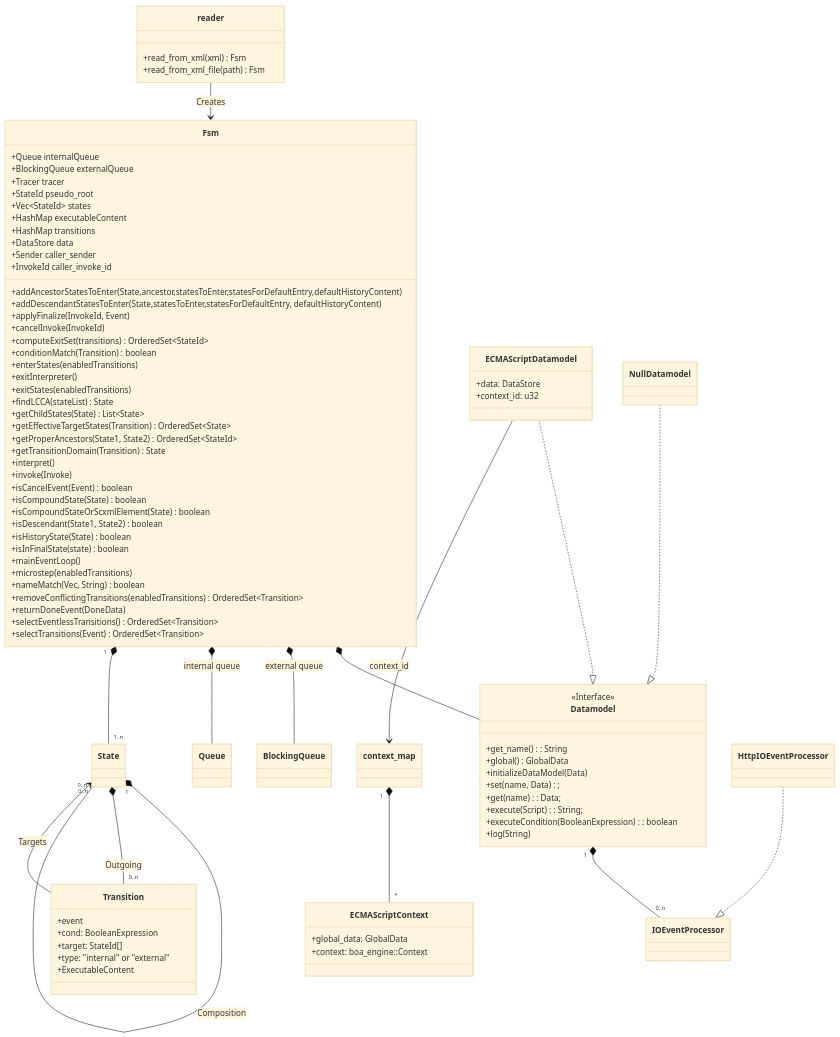
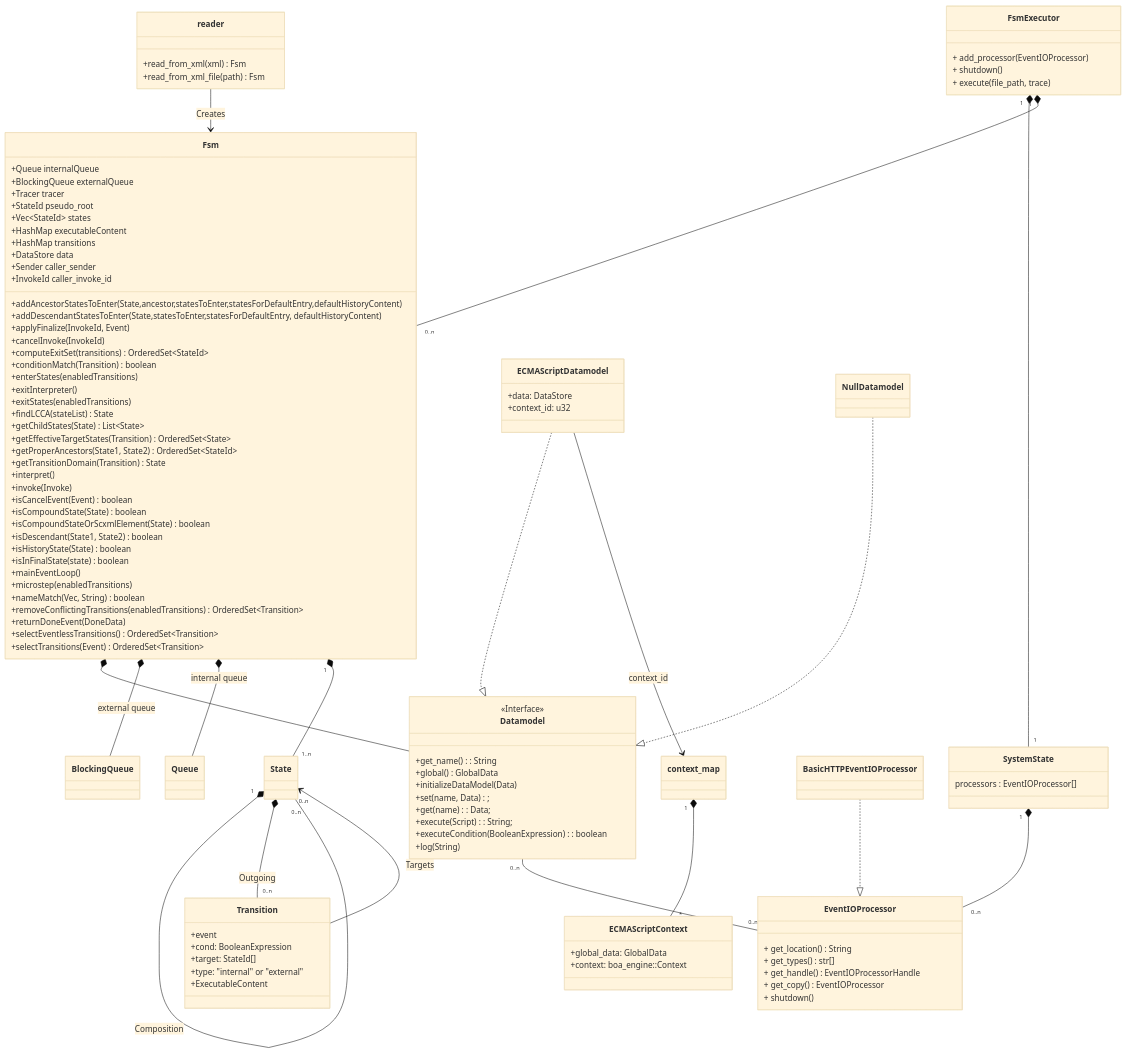
One commit to BWeng20/rFSM changed the second of 2 diagrams in README.md. Above: the diagram before and after it, drawn with Mermaid (base theme).

````diff
--- a/README.md
+++ b/README.md
@@ -167,11 +167,10 @@
 
     class BlockingQueue{
     }
-    
+
+    NullDatamodel ..|> Datamodel
     ECMAScriptDatamodel ..|> Datamodel
     ECMAScriptDatamodel --> context_map: context_id
-    
-    NullDatamodel ..|> Datamodel
     
     class reader {
      +read_from_xml(xml) Fsm
@@ -180,15 +179,34 @@
       
     reader --> Fsm : Creates 
     
-    class IOEventProcessor {
+    class EventIOProcessor {
+        + get_location() String
+        + get_types() str[]
+        + get_handle() EventIOProcessorHandle
+        + get_copy() EventIOProcessor
+        + shutdown()
     }
 
-    class HttpIOEventProcessor {
+    class BasicHTTPEventIOProcessor {
+    }
+
+
+    BasicHTTPEventIOProcessor ..|> EventIOProcessor
+    
+    class FsmExecutor {
+        + add_processor(EventIOProcessor)
+        + shutdown()
+        + execute(file_path, trace)
     }
     
-    
-    HttpIOEventProcessor ..|> IOEventProcessor
-    
-    Datamodel "1" *-- "0..n" IOEventProcessor 
-    
+    class SystemState {
+        processors : EventIOProcessor[]
+    }
+
+    Datamodel "0..n" -- "0..n" EventIOProcessor
+    SystemState "1" *-- "0..n" EventIOProcessor
+    FsmExecutor "1" *-- "1" SystemState
+    FsmExecutor "1" *-- "0..n" Fsm
+
+
 ```
````
